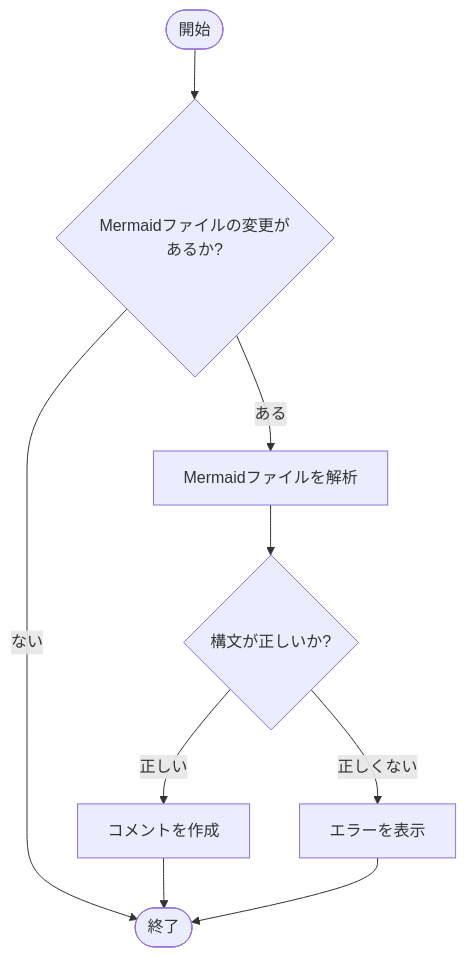
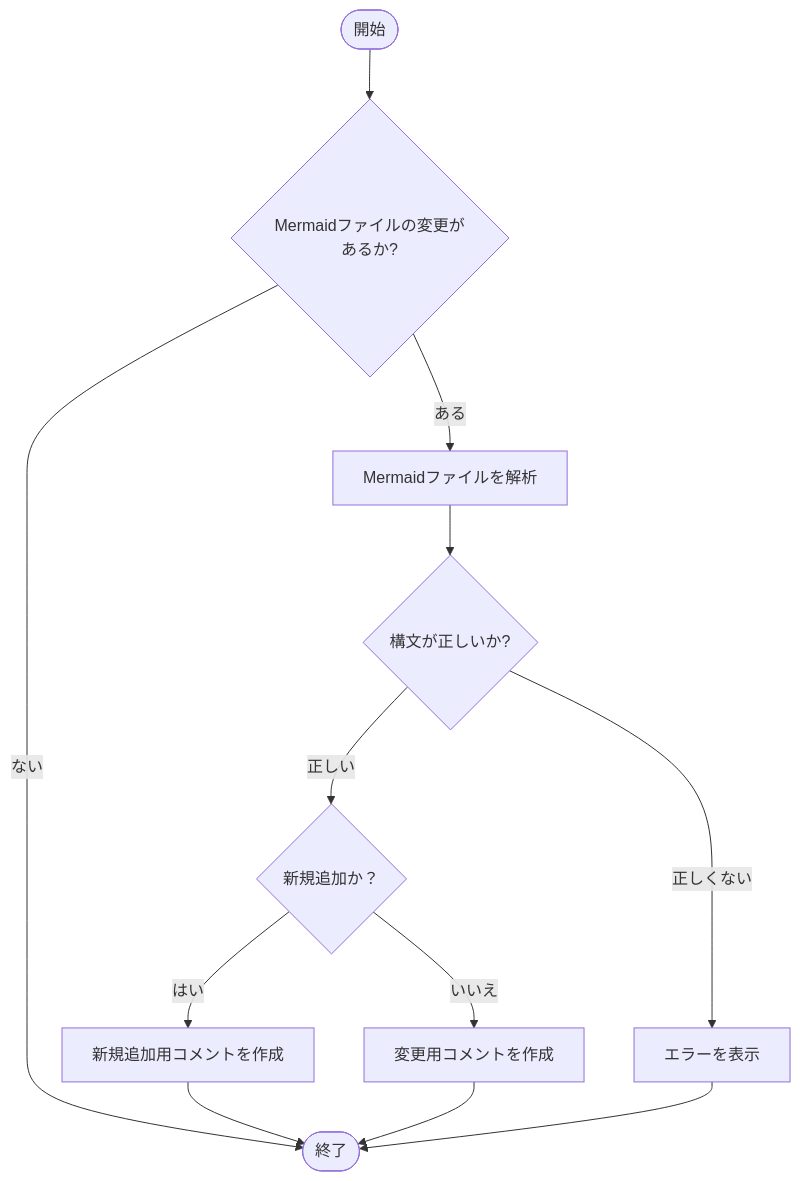
The diagram in docs/mermaid/flowchart.mmd (kokatsu/floerkea), drawn with Mermaid before and after one commit. The commit also changed 1 other file, not shown here.

Commit message:
docs(mermaid): add new branch for handling new and modified comments in flowchart

```diff
--- a/docs/mermaid/flowchart.mmd
+++ b/docs/mermaid/flowchart.mmd
@@ -1,9 +1,12 @@
 flowchart TD
 Start([開始]) --> CheckFile{Mermaidファイルの変更があるか?}
 CheckFile --> |ある| Parse[Mermaidファイルを解析]
 CheckFile --> |ない| End([終了])
 Parse --> Validate{構文が正しいか?}
-Validate --> |正しい| Comment[コメントを作成]
+Validate --> |正しい| CheckNew{新規追加か？}
 Validate --> |正しくない| Error[エラーを表示]
-Comment --> End
+CheckNew --> |はい| NewComment[新規追加用コメントを作成]
+CheckNew --> |いいえ| FixComment[変更用コメントを作成]
+NewComment --> End
+FixComment --> End
 Error --> End
```
